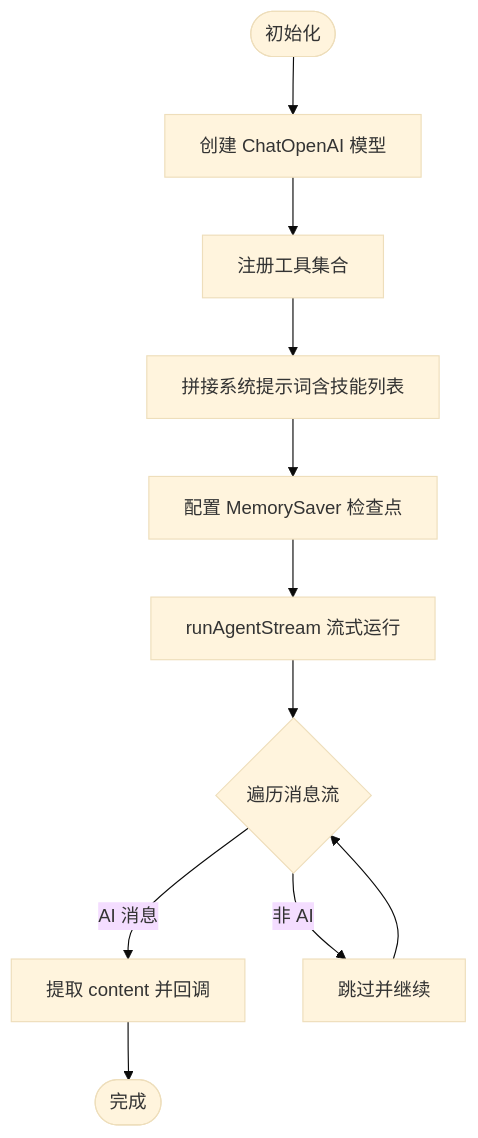
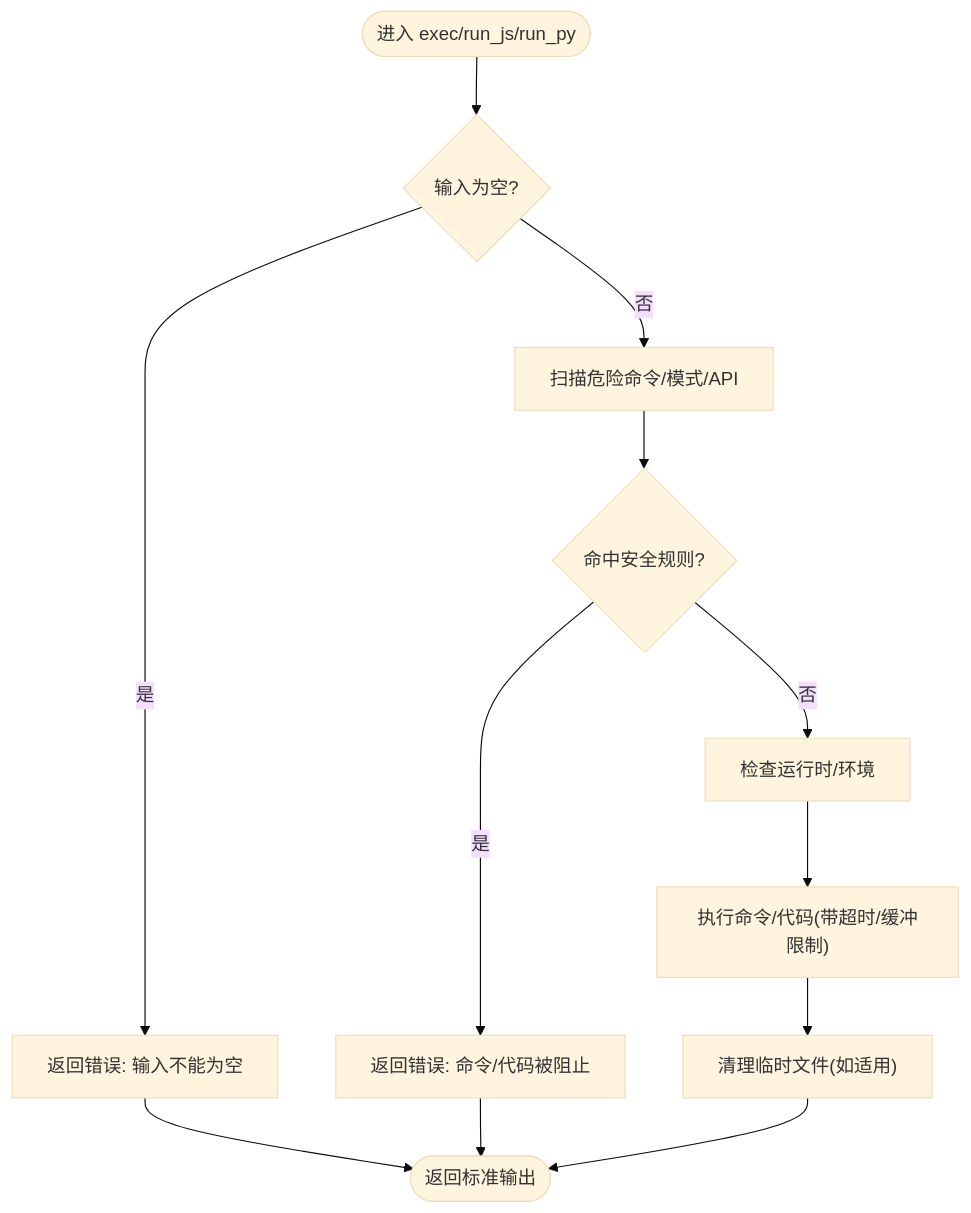
Before and after one commit to HAOFUYANG/onion-code: the fourth of 7 diagrams in .qoder/repowiki/zh/content/项目概述.md, drawn with Mermaid (base theme). The commit also changed other lines of this file and 58 other files, not shown here.

````diff
--- a/.qoder/repowiki/zh/content/项目概述.md
+++ b/.qoder/repowiki/zh/content/项目概述.md
@@ -240,13 +230,14 @@
 ```mermaid
 flowchart TD
-Start(["初始化"]) --> Model["创建 ChatOpenAI 模型"]
-Model --> Tools["注册工具集合"]
-Tools --> Sys["拼接系统提示词含技能列表"]
-Sys --> Mem["配置 MemorySaver 检查点"]
-Mem --> Run["runAgentStream 流式运行"]
-Run --> Loop{"遍历消息流"}
-Loop --> |AI 消息| Emit["提取 content 并回调"]
-Loop --> |非 AI| Skip["跳过并继续"]
-Emit --> End(["完成"])
-Skip --> Loop
+Start(["进入 exec/run_js/run_py"]) --> Empty{"输入为空?"}
+Empty --> |是| ErrEmpty["返回错误: 输入不能为空"]
+Empty --> |否| Scan["扫描危险命令/模式/API"]
+Scan --> Blocked{"命中安全规则?"}
+Blocked --> |是| Block["返回错误: 命令/代码被阻止"]
+Blocked --> |否| Runtime["检查运行时/环境"]
+Runtime --> Exec["执行命令/代码(带超时/缓冲限制)"]
+Exec --> Cleanup["清理临时文件(如适用)"]
+Cleanup --> Done(["返回标准输出"])
+ErrEmpty --> Done
+Block --> Done
 ```
````
